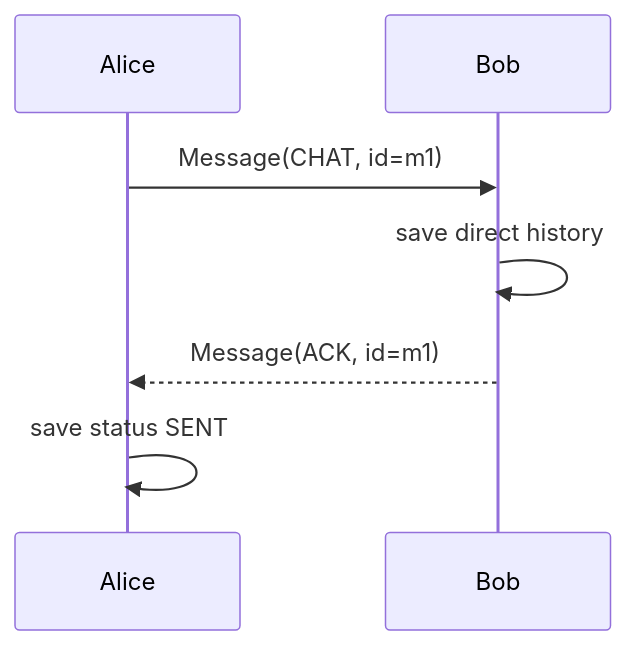
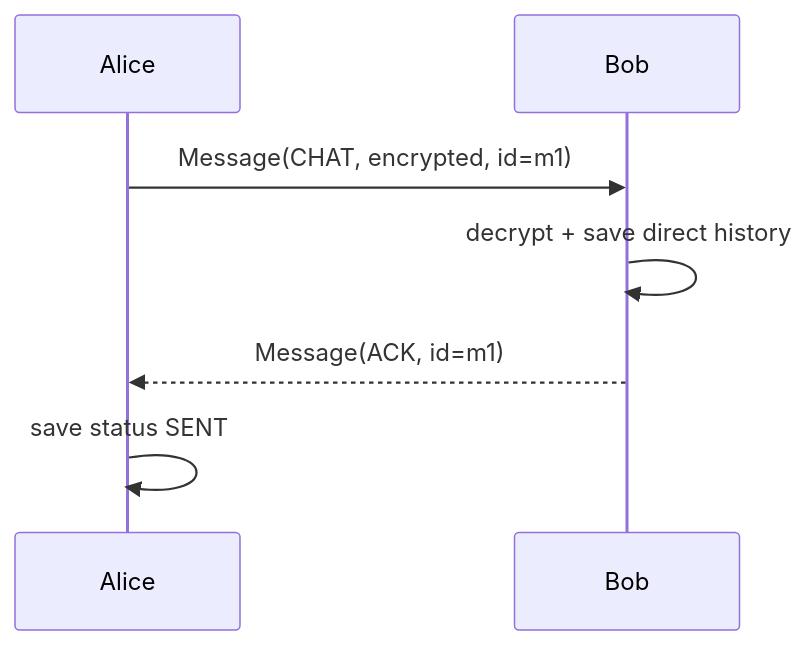
The second of 6 diagrams in docs/nop-bai/03_giao_thuc_trao_doi_thong_diep.md (dungcony/p2p), drawn with Mermaid before and after one commit. The commit also changed other lines of this file and 14 other files, not shown here.

````diff
--- a/docs/nop-bai/03_giao_thuc_trao_doi_thong_diep.md
+++ b/docs/nop-bai/03_giao_thuc_trao_doi_thong_diep.md
@@ -151,9 +229,9 @@
 ```mermaid
 sequenceDiagram
     participant A as Alice
     participant B as Bob
-    A->>B: Message(CHAT, id=m1)
-    B->>B: save direct history
+    A->>B: Message(CHAT, encrypted, id=m1)
+    B->>B: decrypt + save direct history
     B-->>A: Message(ACK, id=m1)
     A->>A: save status SENT
 ```
````
